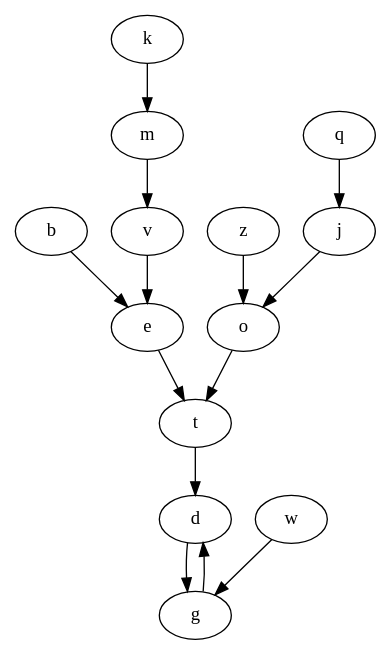
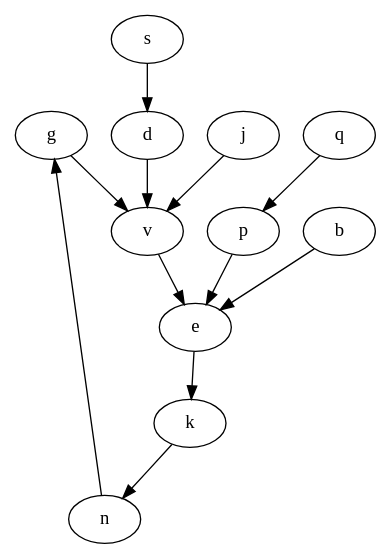
One commit to ClayDowling/llintersections changed the diagram in samples/graphH.gv. Above: the diagram before and after it, drawn with Graphviz. The commit also changed 23 other files, not shown here.

```diff
--- a/samples/graphH.gv
+++ b/samples/graphH.gv
@@ -1,15 +1,13 @@
 digraph intersection {
+  g -> v
+  p -> e
+  q -> p
+  d -> v
+  j -> v
+  k -> n
+  n -> g
   b -> e
-  k -> m
-  m -> v
-  t -> d
-  z -> o
-  o -> t
-  w -> g
-  e -> t
-  j -> o
-  q -> j
+  e -> k
+  s -> d
   v -> e
-  d -> g
-  g -> d
 }
```
